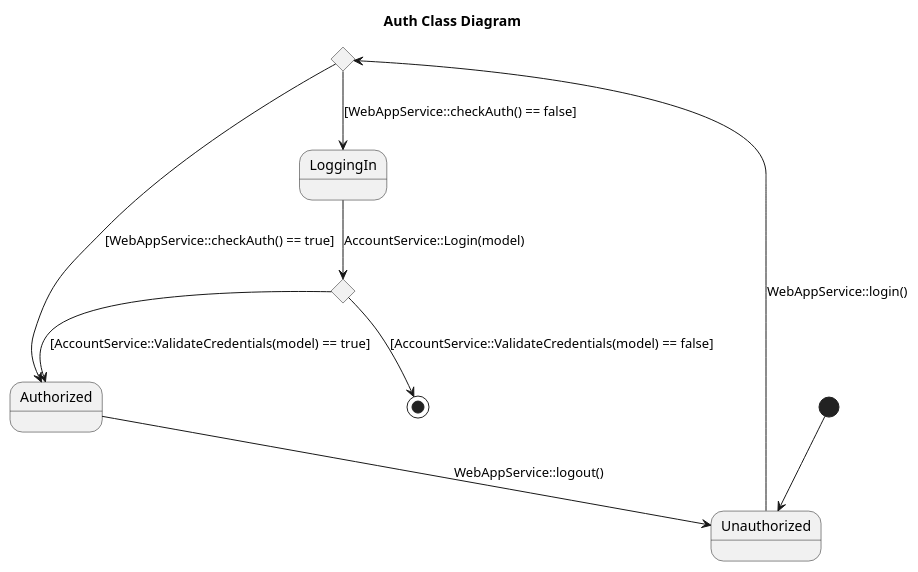
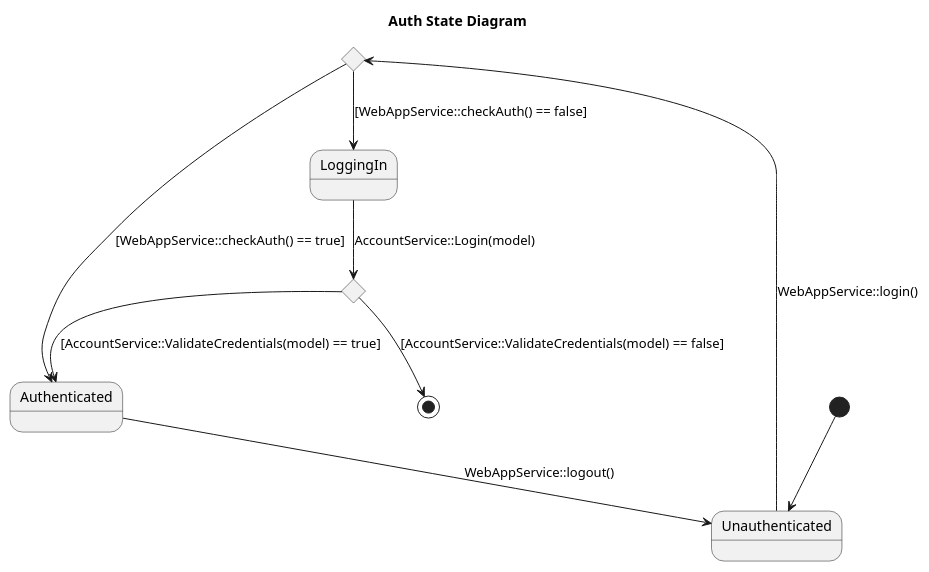
One commit to MarcusGasberg/OnkProjektGrp10 changed the diagram in Documentation/Diagrams/auth/auth-state.pu. Above: the diagram before and after it, drawn with PlantUML. The commit also changed 6 other files, not shown here.

```diff
--- a/Documentation/Diagrams/auth/auth-state.pu
+++ b/Documentation/Diagrams/auth/auth-state.pu
@@ -1,21 +1,21 @@
-@startuml Component
-title Auth Class Diagram
+@startuml Auth State Diagram
+title Auth State Diagram
 skinparam monochrome true
 
 state auth_choice <<choice>>
 state login_choice <<choice>>
 
-[*] --> Unauthorized
+[*] --> Unauthenticated
 
-Unauthorized --> auth_choice: WebAppService::login()
-auth_choice --> Authorized: [WebAppService::checkAuth() == true]
+Unauthenticated --> auth_choice: WebAppService::login()
+auth_choice --> Authenticated: [WebAppService::checkAuth() == true]
 auth_choice --> LoggingIn: [WebAppService::checkAuth() == false]
 
 
 LoggingIn --> login_choice: AccountService::Login(model)
-login_choice --> Authorized : [AccountService::ValidateCredentials(model) == true]
+login_choice --> Authenticated : [AccountService::ValidateCredentials(model) == true]
 login_choice --> [*] : [AccountService::ValidateCredentials(model) == false]
 
-Authorized --> Unauthorized: WebAppService::logout()
+Authenticated --> Unauthenticated: WebAppService::logout()
 
 @enduml
```
